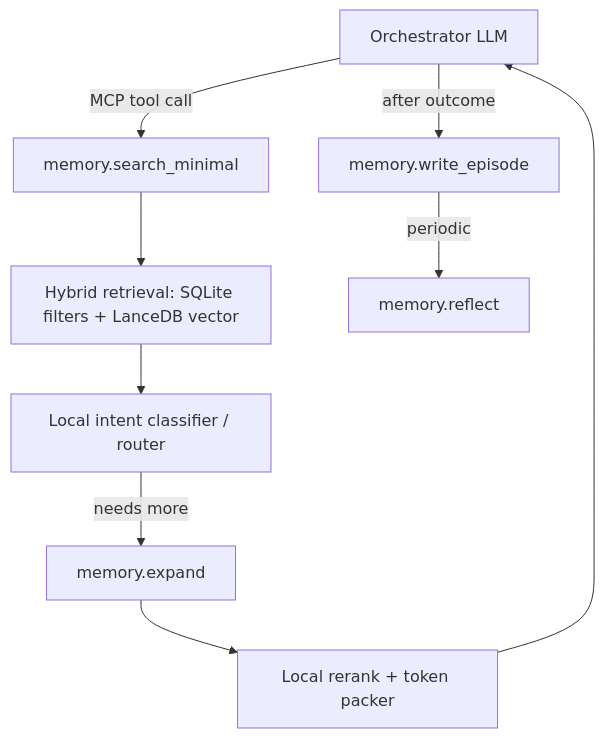
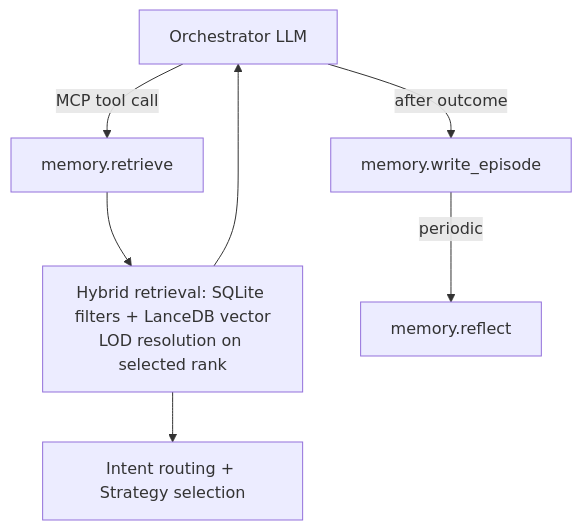
The third of 3 diagrams in docs/RESEARCH.md (benediktms/brain), drawn with Mermaid before and after one commit. The commit also changed other lines of this file and 27 other files, not shown here.

First line of the commit message:
refactor(retrieve): remove legacy search_minimal and expand tools (#97)

````diff
--- a/docs/RESEARCH.md
+++ b/docs/RESEARCH.md
@@ -256,11 +256,9 @@
 ```mermaid
 flowchart TB
-  LLM[Orchestrator LLM] -->|MCP tool call| M[memory.search_minimal]
-  M --> R1[Hybrid retrieval: SQLite filters + LanceDB vector]
-  R1 --> C1[Local intent classifier / router]
-  C1 -->|needs more| E[memory.expand]
-  E --> R2[Local rerank + token packer]
-  R2 --> LLM
+  LLM[Orchestrator LLM] -->|MCP tool call| M[memory.retrieve]
+  M --> R1[Hybrid retrieval: SQLite filters + LanceDB vector<br/>LOD resolution on selected rank]
+  R1 --> C1[Intent routing + Strategy selection]
+  R1 --> LLM
   LLM -->|after outcome| W[memory.write_episode]
   W -->|periodic| F[memory.reflect]
 ```
````
